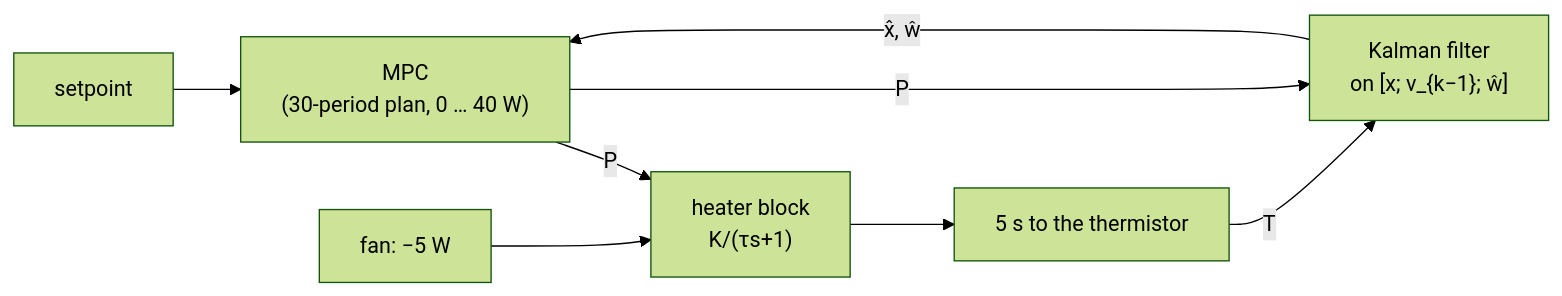
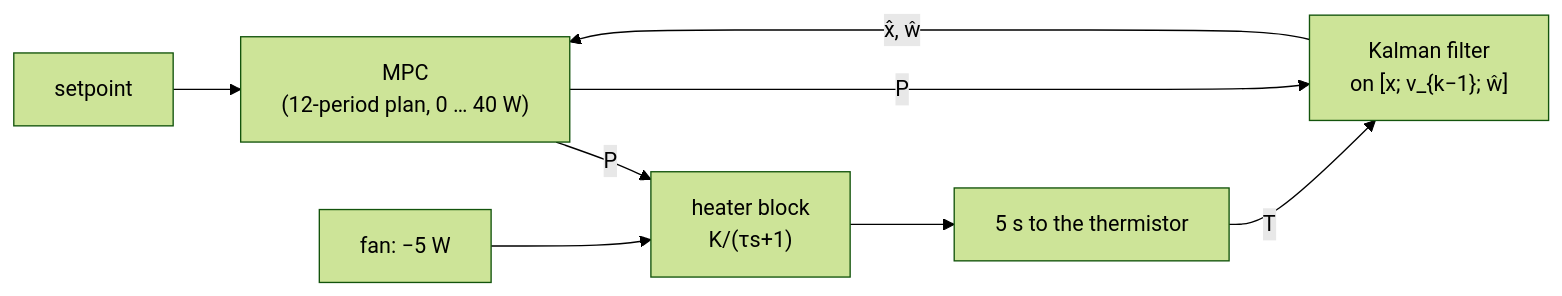
One commit to Wetmelon/damp changed the diagram in examples/control/heater_ofmpc/heater_ofmpc_derivation.md. Above: the diagram before and after it, drawn with Mermaid (forest theme). The commit also changed other lines of this file and 340 other files, not shown here.

````diff
--- a/examples/control/heater_ofmpc/heater_ofmpc_derivation.md
+++ b/examples/control/heater_ofmpc/heater_ofmpc_derivation.md
@@ -75,10 +78,10 @@
 ```mermaid
 flowchart LR
-    R["setpoint"] --> MPC["MPC<br/>(30-period plan, 0 … 40 W)"]
+    R["setpoint"] --> MPC["MPC<br/>(12-period plan, 0 … 40 W)"]
     MPC -->|"P"| H["heater block<br/>K/(τs+1)"]
     H --> D["5 s to the thermistor"]
     D -->|"T"| KF["Kalman filter<br/>on [x; v_{k−1}; ŵ]"]
     MPC -->|"P"| KF
     KF -->|"x̂, ŵ"| MPC
     F["fan: −5 W"] --> H
 ```
````
